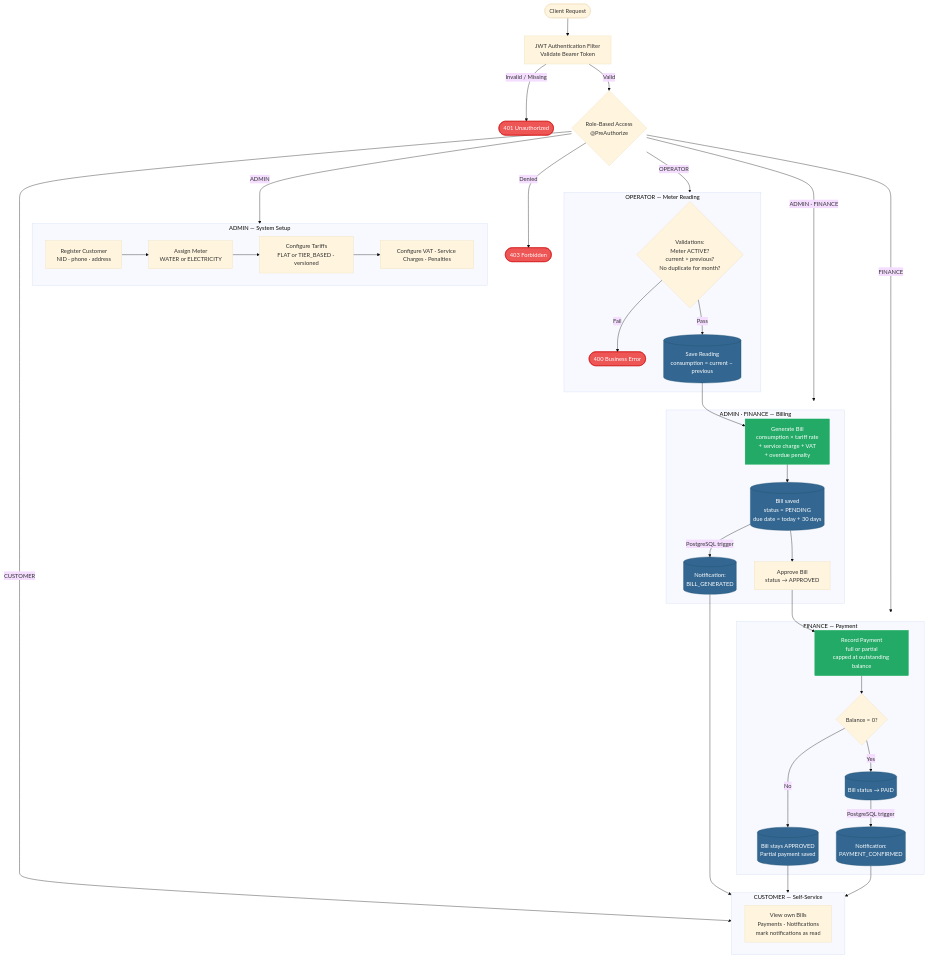
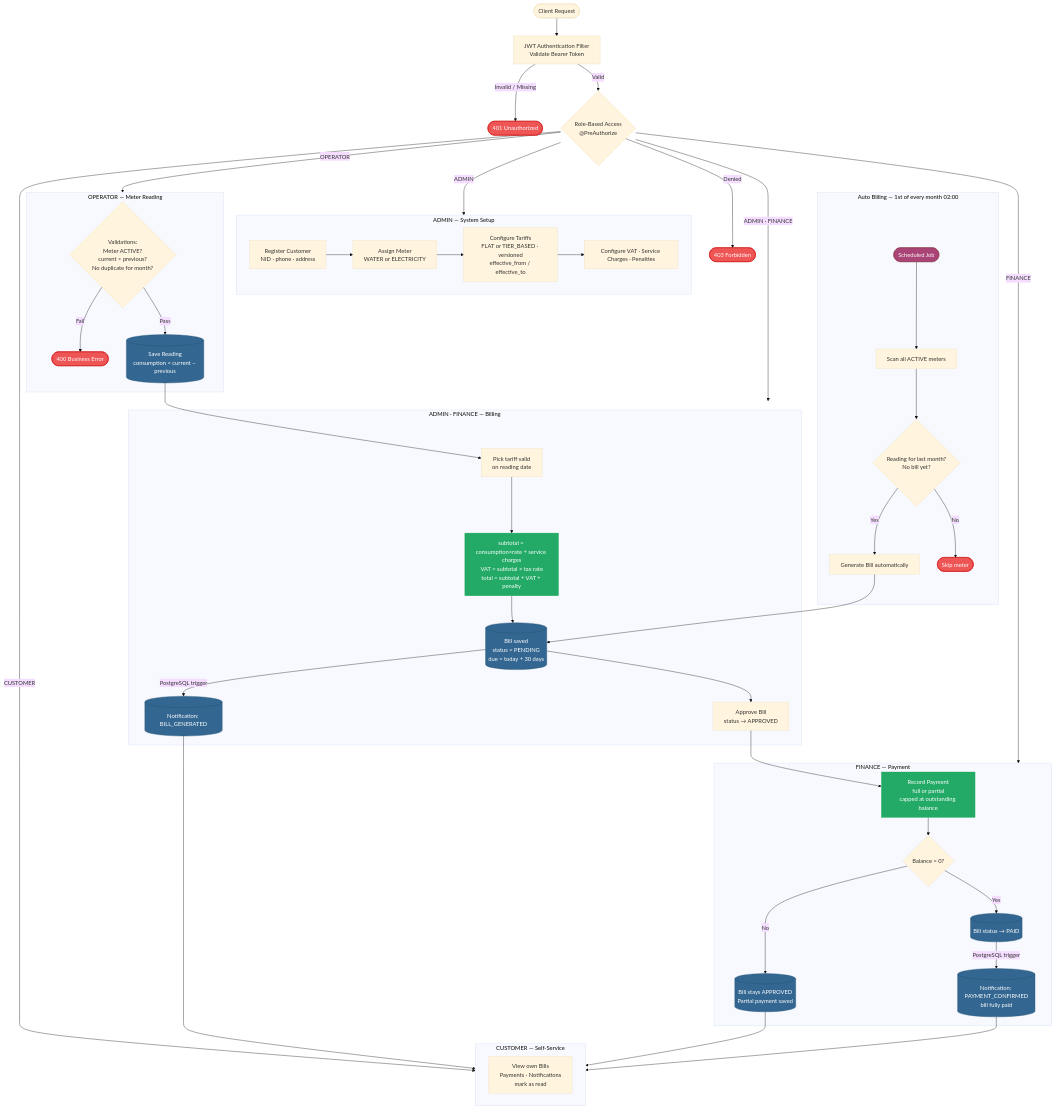
One commit to Paulin-NIYOBYOSE/NE_2026 changed the diagram in java/wasac-billing-system/diagrams/flow/wasac_billing_flow.md. Above: the diagram before and after it, drawn with Mermaid (base theme). The commit also changed 32 other files, not shown here.

````diff
--- a/java/wasac-billing-system/diagrams/flow/wasac_billing_flow.md
+++ b/java/wasac-billing-system/diagrams/flow/wasac_billing_flow.md
@@ -5,61 +5,72 @@
 ```mermaid
 flowchart TD
     Client([Client Request]) --> JWT[JWT Authentication Filter\nValidate Bearer Token]
     JWT --> |Invalid / Missing| E1([401 Unauthorized])
     JWT --> |Valid| Role{Role-Based Access\n@PreAuthorize}
     Role --> |Denied| E2([403 Forbidden])
 
     Role --> |ADMIN| Setup
     Role --> |OPERATOR| Reading
     Role --> |ADMIN · FINANCE| Billing
     Role --> |FINANCE| Payment
     Role --> |CUSTOMER| Portal
 
     subgraph Setup["  ADMIN — System Setup  "]
         direction LR
         SC[Register Customer\nNID · phone · address] --> SM[Assign Meter\nWATER or ELECTRICITY]
-        SM --> ST[Configure Tariffs\nFLAT or TIER_BASED · versioned]
+        SM --> ST[Configure Tariffs\nFLAT or TIER_BASED · versioned\neffective_from / effective_to]
         ST --> SR[Configure VAT · Service Charges · Penalties]
     end
 
     subgraph Reading["  OPERATOR — Meter Reading  "]
         RV{Validations:\nMeter ACTIVE?\ncurrent > previous?\nNo duplicate for month?}
         RV --> |Fail| E3([400 Business Error])
         RV --> |Pass| RS[(Save Reading\nconsumption = current − previous)]
     end
 
     subgraph Billing["  ADMIN · FINANCE — Billing  "]
-        RS --> BG[Generate Bill\nconsumption × tariff rate\n+ service charge + VAT\n+ overdue penalty]
-        BG --> BP[(Bill saved\nstatus = PENDING\ndue date = today + 30 days)]
-        BP --> |PostgreSQL trigger| BN[(Notification:\nBILL_GENERATED)]
+        RS --> BT[Pick tariff valid\non reading date]
+        BT --> BG[subtotal = consumption×rate + service charges\nVAT = subtotal × tax rate\ntotal = subtotal + VAT + penalty]
+        BG --> BP[(Bill saved\nstatus = PENDING\ndue = today + 30 days)]
+        BP --> |PostgreSQL trigger| BN[(Notification: BILL_GENERATED)]
         BP --> BA[Approve Bill\nstatus → APPROVED]
+    end
+
+    subgraph Scheduler["  Auto Billing — 1st of every month 02:00  "]
+        CRON([Scheduled Job]) --> SCAN[Scan all ACTIVE meters]
+        SCAN --> CHK{Reading for last month?\nNo bill yet?}
+        CHK --> |Yes| AUTO[Generate Bill automatically]
+        CHK --> |No| SKIP([Skip meter])
+        AUTO --> BP
     end
 
     subgraph Payment["  FINANCE — Payment  "]
         BA --> PR[Record Payment\nfull or partial\ncapped at outstanding balance]
         PR --> PB{Balance = 0?}
         PB --> |No| PP[(Bill stays APPROVED\nPartial payment saved)]
         PB --> |Yes| PF[(Bill status → PAID)]
-        PF --> |PostgreSQL trigger| PN[(Notification:\nPAYMENT_CONFIRMED)]
+        PF --> |PostgreSQL trigger| PN[(Notification: PAYMENT_CONFIRMED\nbill fully paid)]
     end
 
     subgraph Portal["  CUSTOMER — Self-Service  "]
-        CV[View own Bills\nPayments · Notifications\nmark notifications as read]
+        CV[View own Bills\nPayments · Notifications\nmark as read]
     end
 
     BN --> Portal
     PP --> Portal
     PN --> Portal
 
     style E1 fill:#e55,color:#fff,stroke:#c00
     style E2 fill:#e55,color:#fff,stroke:#c00
     style E3 fill:#e55,color:#fff,stroke:#c00
+    style SKIP fill:#e55,color:#fff,stroke:#c00
     style BP fill:#336791,color:#fff,stroke:#234f6e
     style RS fill:#336791,color:#fff,stroke:#234f6e
     style PP fill:#336791,color:#fff,stroke:#234f6e
     style PF fill:#336791,color:#fff,stroke:#234f6e
     style BN fill:#336791,color:#fff,stroke:#234f6e
     style PN fill:#336791,color:#fff,stroke:#234f6e
     style BG fill:#2a6,color:#fff,stroke:#1a5
     style PR fill:#2a6,color:#fff,stroke:#1a5
+    style CRON fill:#a47,color:#fff,stroke:#834
 ```
````
